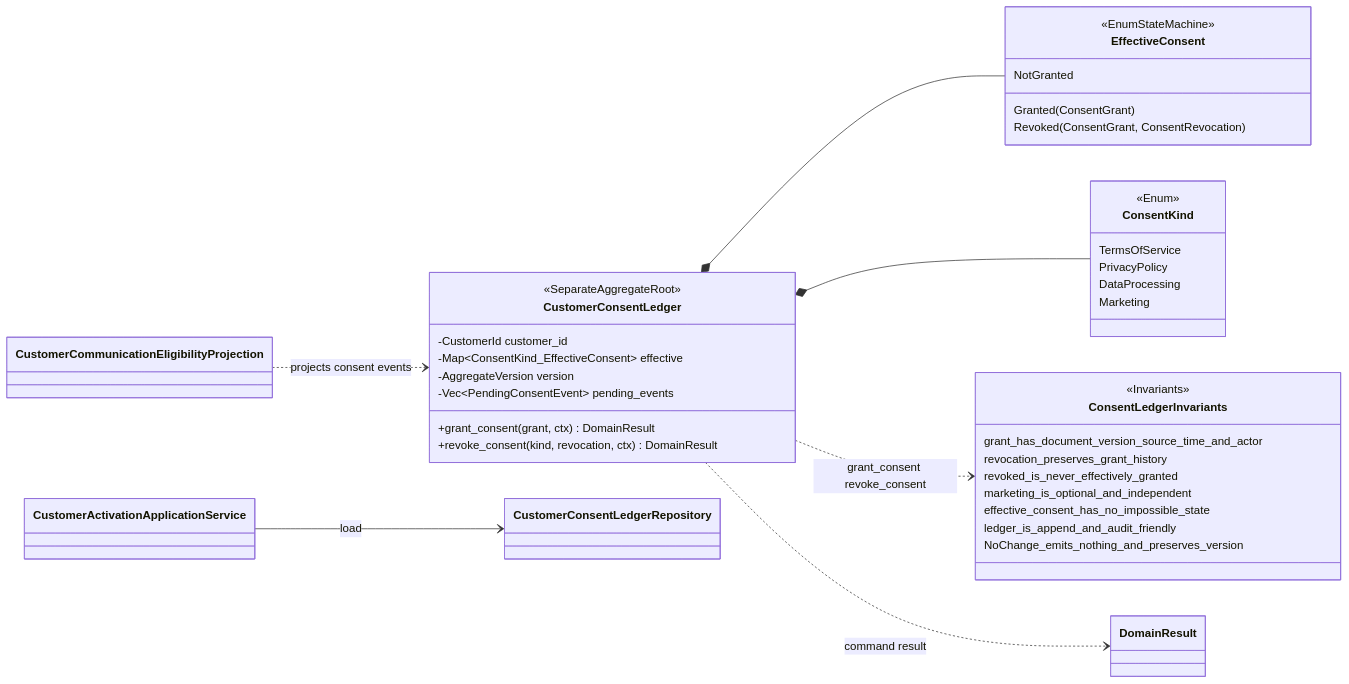
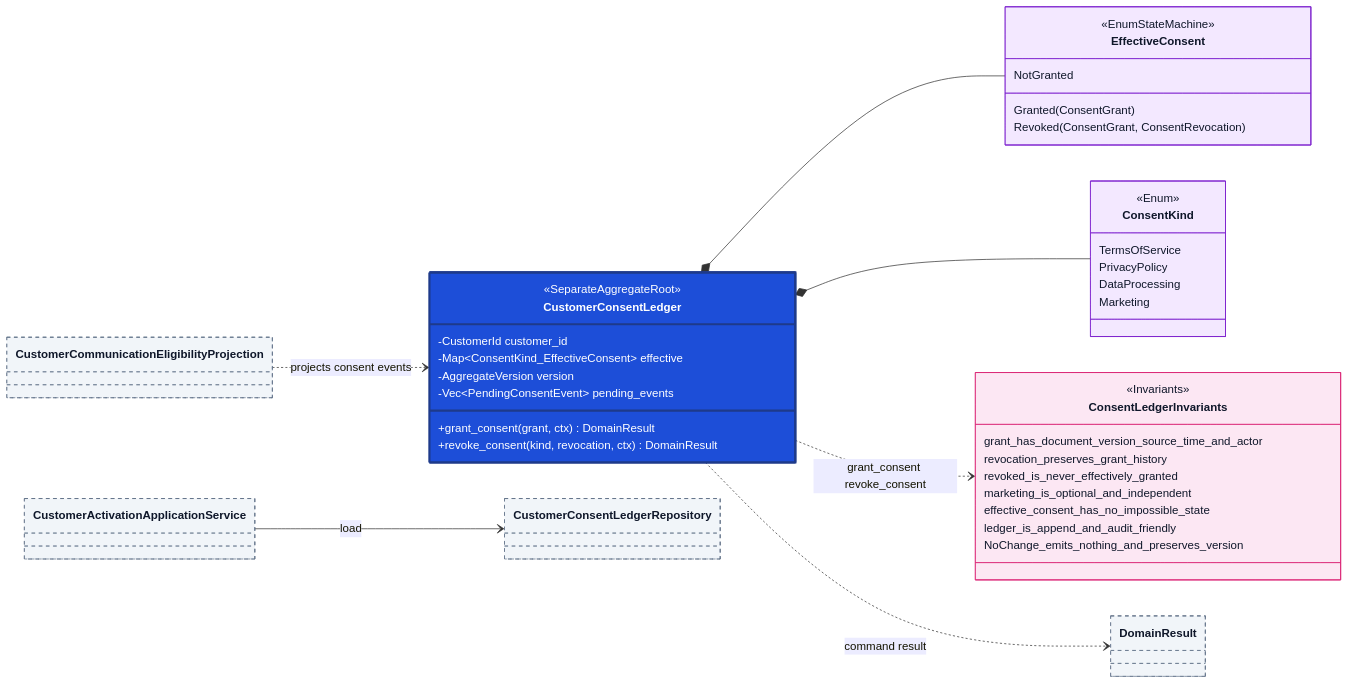
Before and after one commit to DeathRustZzZ/PitGO: the diagram in docs/domain/customer/diagrams/05-consent-ledger.mmd, drawn with Mermaid. The commit also changed 18 other files, not shown here.

Commit message:
docs(customer): add style guide, refresh diagrams, add project docs

```diff
--- a/docs/domain/customer/diagrams/05-consent-ledger.mmd
+++ b/docs/domain/customer/diagrams/05-consent-ledger.mmd
@@ -1,53 +1,62 @@
 %% Customer consent ledger diagram.
 %% Source of truth: ../customer.md
 %% This file physically copies only the ConsentLedger slice.
 %% External entities are referenced by links only and remain defined in the
 %% source schema until their own detailed diagram files are populated.
 %% ConsentGrant and ConsentRevocation are referenced exactly as in the source
 %% EffectiveConsent state machine; the source Mermaid schema does not define
 %% separate class blocks for them.
 
 classDiagram
     direction LR
 
     %% Consent bounded context
     class CustomerConsentLedger {
         <<SeparateAggregateRoot>>
         -CustomerId customer_id
         -Map~ConsentKind_EffectiveConsent~ effective
         -AggregateVersion version
         -Vec~PendingConsentEvent~ pending_events
         +grant_consent(grant, ctx) DomainResult
         +revoke_consent(kind, revocation, ctx) DomainResult
     }
     class ConsentKind {
         <<Enum>>
         TermsOfService
         PrivacyPolicy
         DataProcessing
         Marketing
     }
     class EffectiveConsent {
         <<EnumStateMachine>>
         NotGranted
         Granted(ConsentGrant)
         Revoked(ConsentGrant, ConsentRevocation)
     }
     CustomerConsentLedger *-- EffectiveConsent
     CustomerConsentLedger *-- ConsentKind
 
     class ConsentLedgerInvariants {
         <<Invariants>>
         grant_has_document_version_source_time_and_actor
         revocation_preserves_grant_history
         revoked_is_never_effectively_granted
         marketing_is_optional_and_independent
         effective_consent_has_no_impossible_state
         ledger_is_append_and_audit_friendly
         NoChange_emits_nothing_and_preserves_version
     }
 
     CustomerConsentLedger ..> ConsentLedgerInvariants : grant_consent revoke_consent
     CustomerConsentLedger ..> DomainResult : command result
     CustomerActivationApplicationService --> CustomerConsentLedgerRepository : load
     CustomerCommunicationEligibilityProjection ..> CustomerConsentLedger : projects consent events
+
+    style CustomerConsentLedger fill:#1D4ED8,stroke:#1E3A8A,stroke-width:3px,color:#FFFFFF
+    style ConsentKind fill:#F3E8FF,stroke:#7E22CE,color:#0F172A
+    style EffectiveConsent fill:#F3E8FF,stroke:#7E22CE,color:#0F172A
+    style ConsentLedgerInvariants fill:#FCE7F3,stroke:#DB2777,color:#0F172A
+    style CustomerActivationApplicationService fill:#F1F5F9,stroke:#64748B,stroke-dasharray:5 5,color:#0F172A
+    style CustomerCommunicationEligibilityProjection fill:#F1F5F9,stroke:#64748B,stroke-dasharray:5 5,color:#0F172A
+    style CustomerConsentLedgerRepository fill:#F1F5F9,stroke:#64748B,stroke-dasharray:5 5,color:#0F172A
+    style DomainResult fill:#F1F5F9,stroke:#64748B,stroke-dasharray:5 5,color:#0F172A
```
